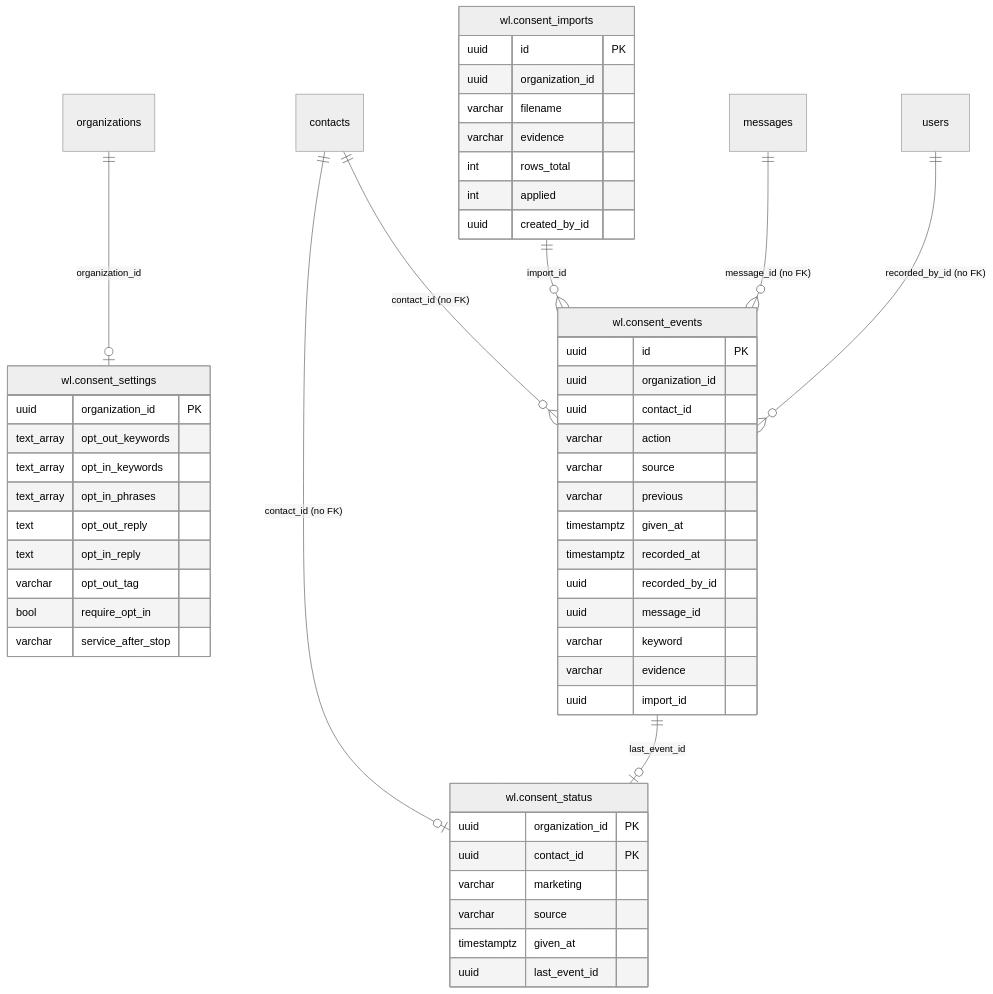
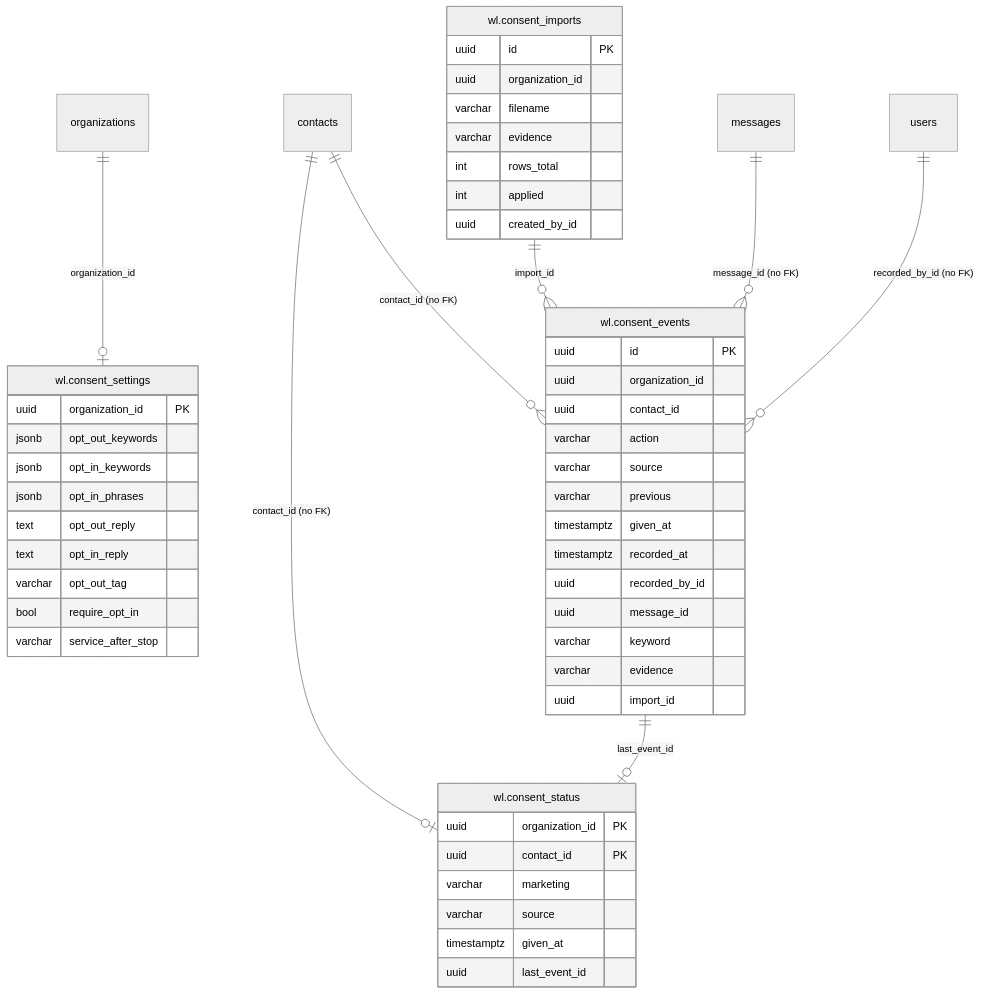
The second of 2 diagrams in wl-docs/modules/consent/design.md (irajput215/weline), drawn with Mermaid (neutral theme) before and after one commit. The commit also changed other lines of this file and 13 other files, not shown here.

````diff
--- a/wl-docs/modules/consent/design.md
+++ b/wl-docs/modules/consent/design.md
@@ -45,46 +45,46 @@
 ```mermaid
 erDiagram
     organizations ||--o| "wl.consent_settings" : "organization_id"
     contacts ||--o| "wl.consent_status" : "contact_id (no FK)"
     contacts ||--o{ "wl.consent_events" : "contact_id (no FK)"
     "wl.consent_events" ||--o| "wl.consent_status" : "last_event_id"
     "wl.consent_imports" ||--o{ "wl.consent_events" : "import_id"
     messages ||--o{ "wl.consent_events" : "message_id (no FK)"
     users ||--o{ "wl.consent_events" : "recorded_by_id (no FK)"
 
     "wl.consent_settings" { uuid organization_id PK
-        text_array opt_out_keywords
-        text_array opt_in_keywords
-        text_array opt_in_phrases
+        jsonb opt_out_keywords
+        jsonb opt_in_keywords
+        jsonb opt_in_phrases
         text opt_out_reply
         text opt_in_reply
         varchar opt_out_tag
         bool require_opt_in
         varchar service_after_stop }
     "wl.consent_status" { uuid organization_id PK
         uuid contact_id PK
         varchar marketing
         varchar source
         timestamptz given_at
         uuid last_event_id }
     "wl.consent_events" { uuid id PK
         uuid organization_id
         uuid contact_id
         varchar action
         varchar source
         varchar previous
         timestamptz given_at
         timestamptz recorded_at
         uuid recorded_by_id
         uuid message_id
         varchar keyword
         varchar evidence
         uuid import_id }
     "wl.consent_imports" { uuid id PK
         uuid organization_id
         varchar filename
         varchar evidence
         int rows_total
         int applied
         uuid created_by_id }
 ```
````
